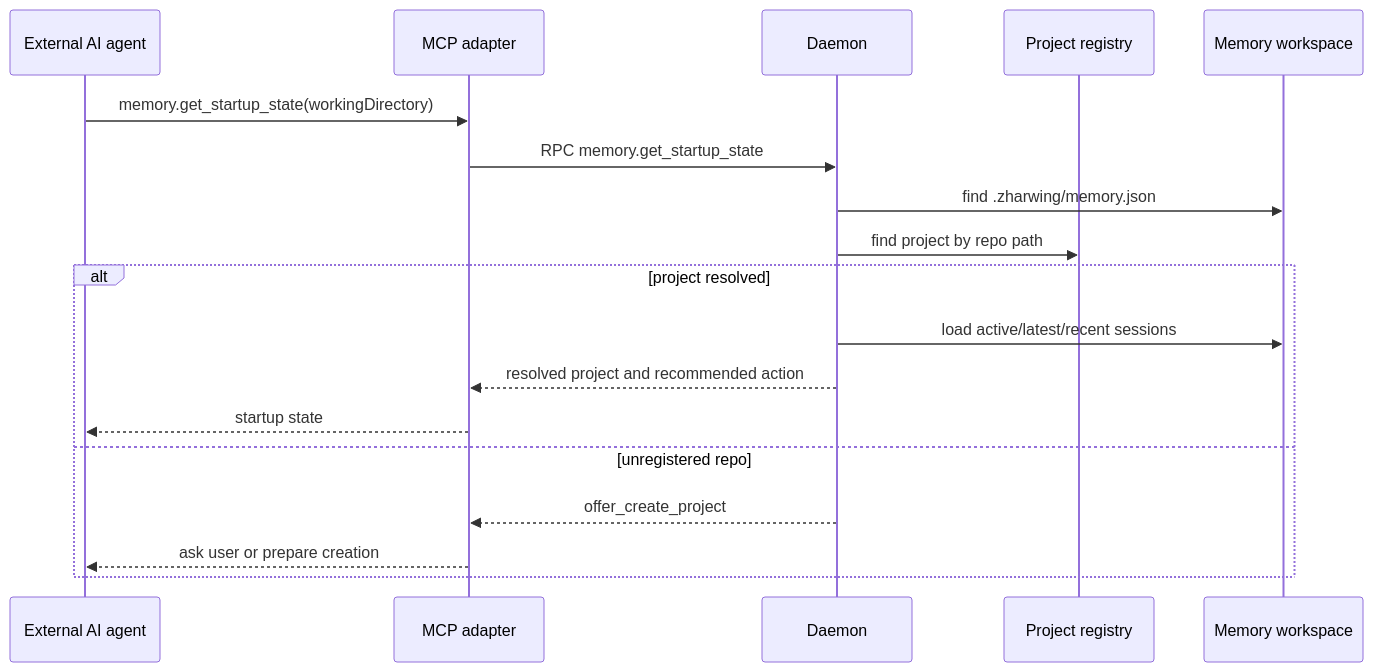
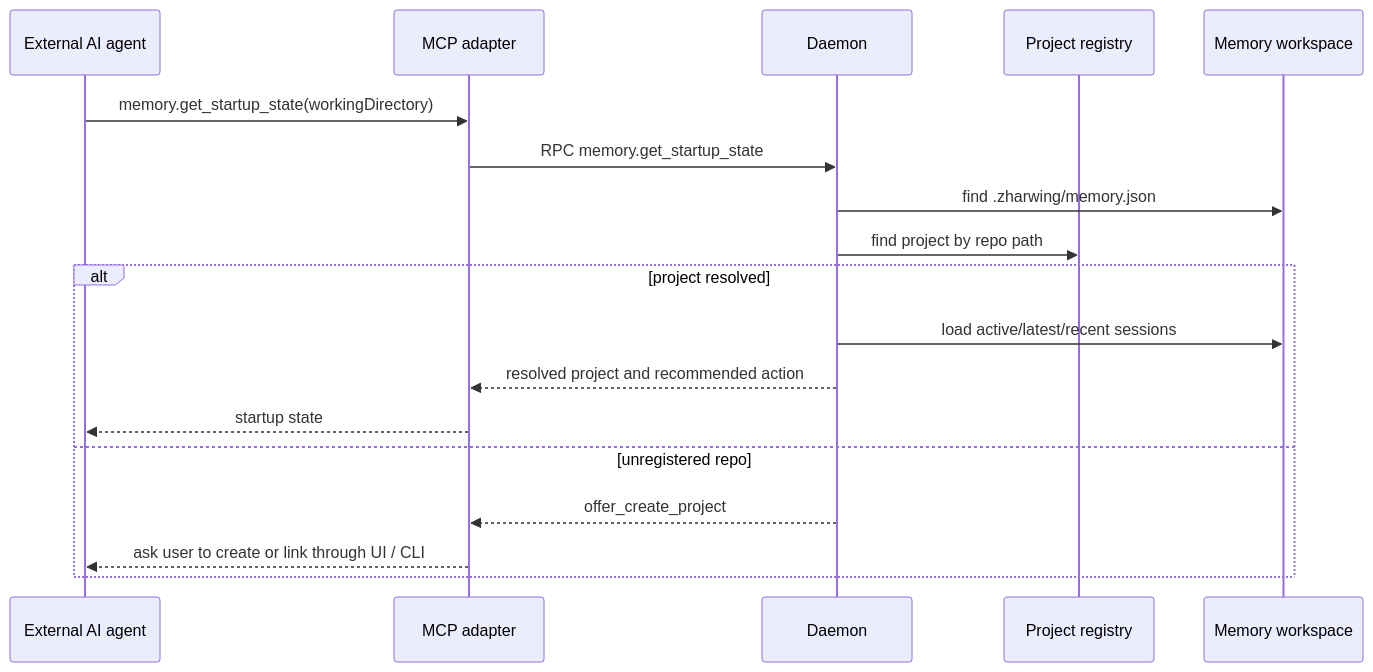
One commit to zharwing/memory changed the sixth of 21 diagrams in docs/DIAGRAMS.md. Above: the diagram before and after it, drawn with Mermaid. The commit also changed other lines of this file and 73 other files, not shown here.

````diff
--- a/docs/DIAGRAMS.md
+++ b/docs/DIAGRAMS.md
@@ -293,21 +293,21 @@
 ```mermaid
 sequenceDiagram
   participant Agent as External AI agent
   participant MCP as MCP adapter
   participant Daemon as Daemon
   participant Registry as Project registry
   participant Storage as Memory workspace
 
   Agent->>MCP: memory.get_startup_state(workingDirectory)
   MCP->>Daemon: RPC memory.get_startup_state
   Daemon->>Storage: find .zharwing/memory.json
   Daemon->>Registry: find project by repo path
   alt project resolved
     Daemon->>Storage: load active/latest/recent sessions
     Daemon-->>MCP: resolved project and recommended action
     MCP-->>Agent: startup state
   else unregistered repo
     Daemon-->>MCP: offer_create_project
-    MCP-->>Agent: ask user or prepare creation
+    MCP-->>Agent: ask user to create or link through UI / CLI
   end
 ```
````
